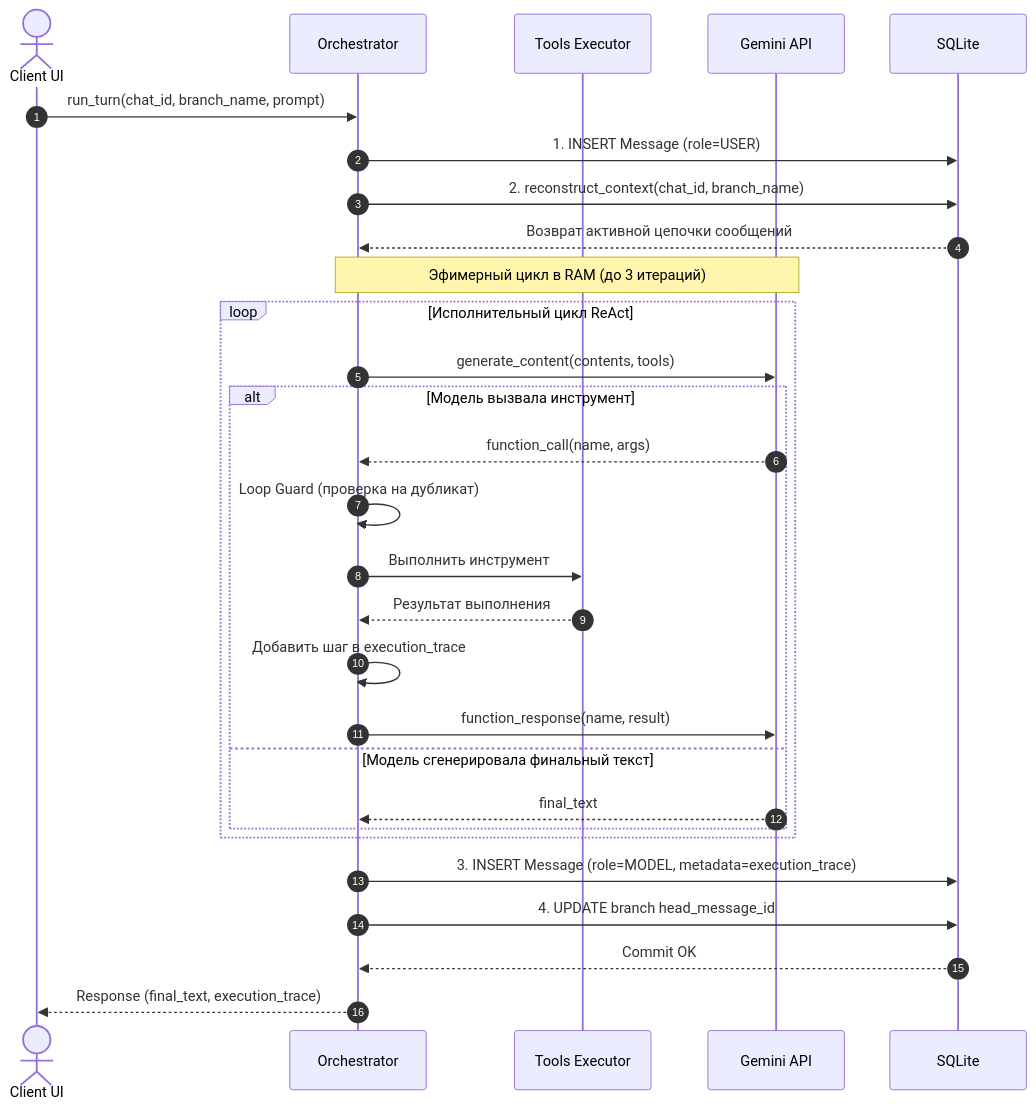
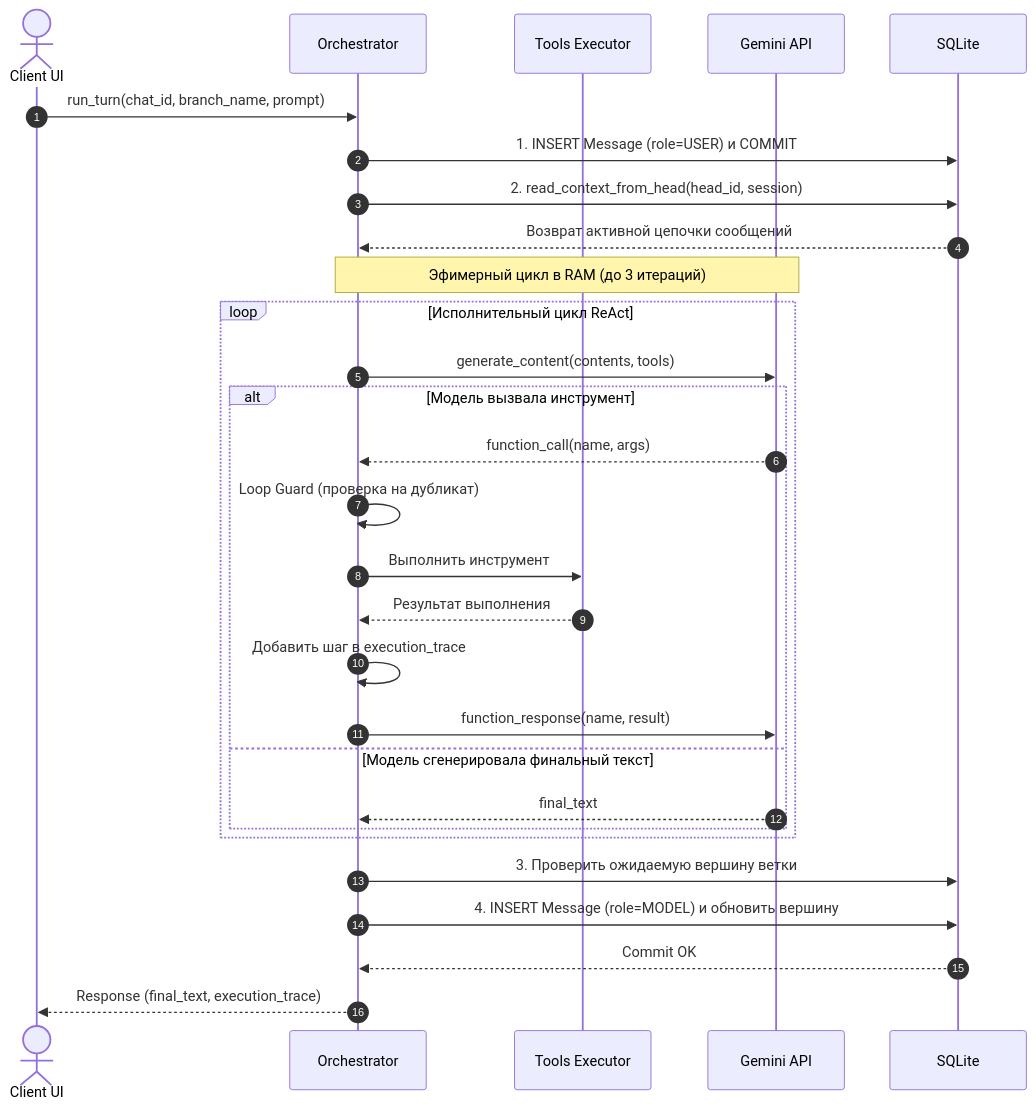
Before and after one commit to Curr3ncyV01D/exocortex: the fifth of 6 diagrams in docs/SPEC.md, drawn with Mermaid. The commit also changed other lines of this file and 2 other files, not shown here.

````diff
--- a/docs/SPEC.md
+++ b/docs/SPEC.md
@@ -602,34 +560,34 @@
 ```mermaid
 sequenceDiagram
     autonumber
     actor Client as Client UI
     participant Orch as Orchestrator
     participant Tools as Tools Executor
     participant Gemini as Gemini API
     participant DB as SQLite
 
     Client->>Orch: run_turn(chat_id, branch_name, prompt)
-    Orch->>DB: 1. INSERT Message (role=USER)
-    Orch->>DB: 2. reconstruct_context(chat_id, branch_name)
+    Orch->>DB: 1. INSERT Message (role=USER) и COMMIT
+    Orch->>DB: 2. read_context_from_head(head_id, session)
     DB-->>Orch: Возврат активной цепочки сообщений
 
     Note over Orch,Gemini: Эфимерный цикл в RAM (до 3 итераций)
     loop Исполнительный цикл ReAct
         Orch->>Gemini: generate_content(contents, tools)
         alt Модель вызвала инструмент
             Gemini-->>Orch: function_call(name, args)
             Orch->>Orch: Loop Guard (проверка на дубликат)
             Orch->>Tools: Выполнить инструмент
             Tools-->>Orch: Результат выполнения
             Orch->>Orch: Добавить шаг в execution_trace
             Orch->>Gemini: function_response(name, result)
         else Модель сгенерировала финальный текст
             Gemini-->>Orch: final_text
         end
     end
 
-    Orch->>DB: 3. INSERT Message (role=MODEL, metadata=execution_trace)
-    Orch->>DB: 4. UPDATE branch head_message_id
+    Orch->>DB: 3. Проверить ожидаемую вершину ветки
+    Orch->>DB: 4. INSERT Message (role=MODEL) и обновить вершину
     DB-->>Orch: Commit OK
     Orch-->>Client: Response (final_text, execution_trace)
 ```
````
